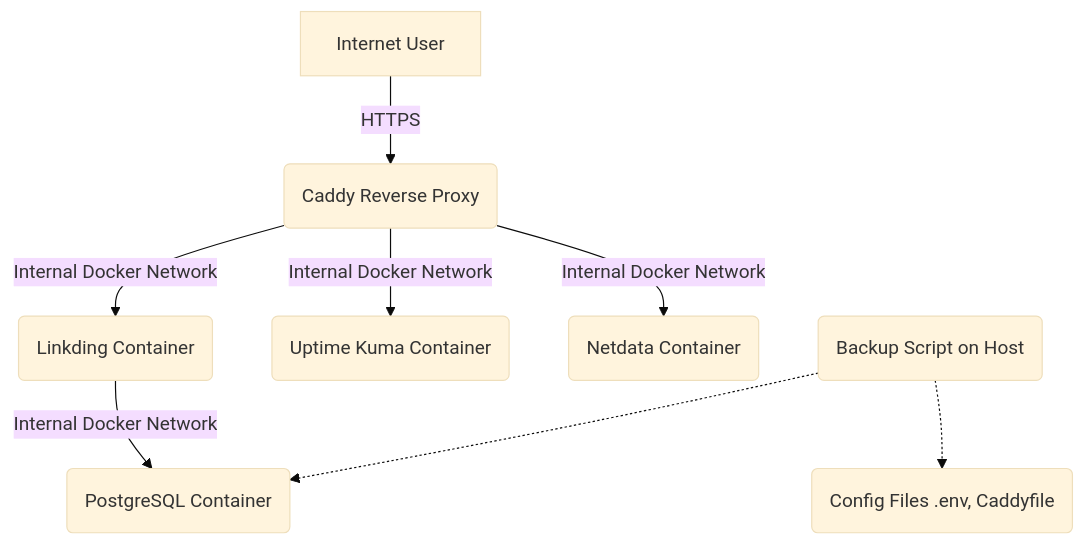
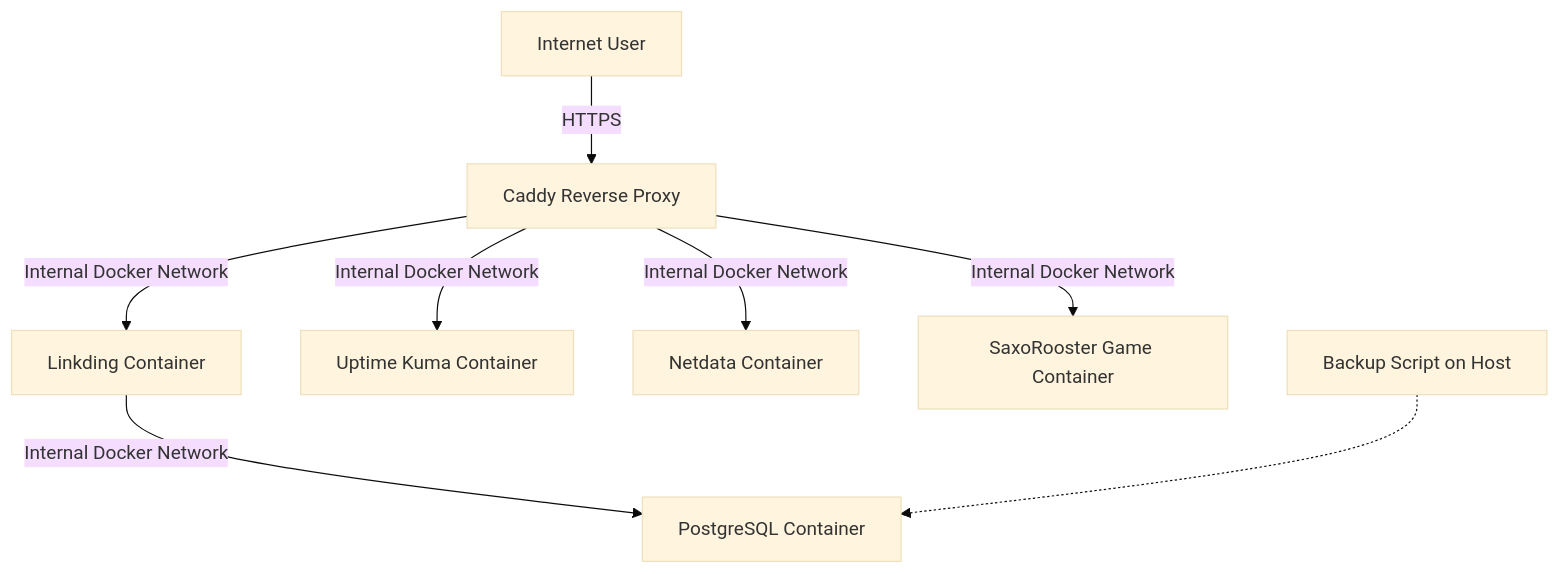
One commit to mischa-kaufmann/my-vps changed the diagram in README.md. Above: the diagram before and after it, drawn with Mermaid (base theme). The commit also changed other lines of this file, not shown here.

Commit message:
Update Readme with new SaxoRooster game

````diff
--- a/README.md
+++ b/README.md
@@ -36,10 +41,10 @@
 ```mermaid
 graph TD
-    A[Internet User] -- HTTPS --> B(Caddy Reverse Proxy);
-    B -- Internal Docker Network --> C1(Linkding Container);
-    B -- Internal Docker Network --> C2(Uptime Kuma Container);
-    B -- Internal Docker Network --> C3(Netdata Container);
-    C1 -- Internal Docker Network --> D(PostgreSQL Container);
-    E(Backup Script on Host) -.-> D;
-    E -.-> F(Config Files .env, Caddyfile);
+    A[Internet User] -- HTTPS --> B[Caddy Reverse Proxy];
+    B -- Internal Docker Network --> C1[Linkding Container];
+    B -- Internal Docker Network --> C2[Uptime Kuma Container];
+    B -- Internal Docker Network --> C3[Netdata Container];
+    B -- Internal Docker Network --> C4[SaxoRooster Game Container];
+    C1 -- Internal Docker Network --> D[PostgreSQL Container];
+    E[Backup Script on Host] -.-> D;
 ```
````
